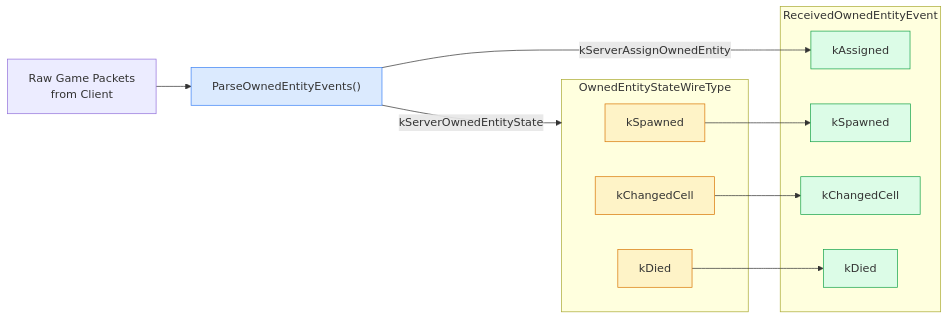
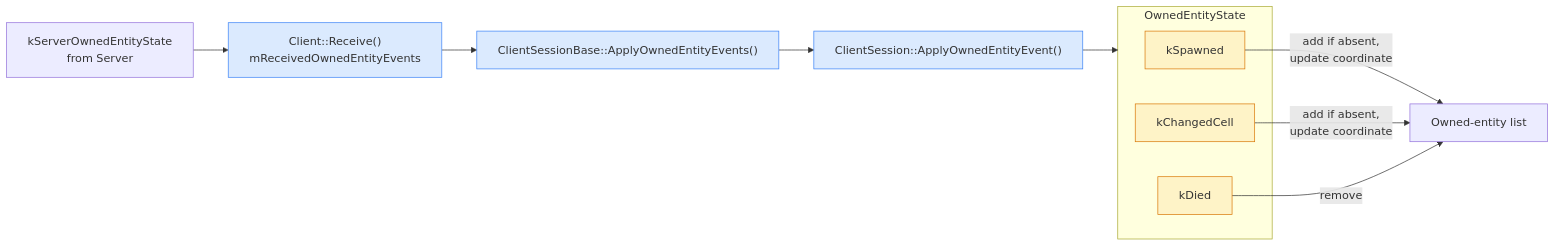
The fifth of 5 diagrams in Documents/Architecture/GameReconciliation.md (DougTanner/BrokenEngine), drawn with Mermaid before and after one commit. The commit also changed other lines of this file and 67 other files, not shown here.

````diff
--- a/Documents/Architecture/GameReconciliation.md
+++ b/Documents/Architecture/GameReconciliation.md
@@ -168,31 +168,24 @@
 ```mermaid
 %%{init: {'theme': 'default'}}%%
 flowchart LR
     classDef wire fill:#fef3c7,stroke:#d97706
-    classDef event fill:#dcfce7,stroke:#16a34a
     classDef func fill:#dbeafe,stroke:#3b82f6
 
-    RAW["Raw Game Packets<br/>from Client"]
-    PARSE["ParseOwnedEntityEvents()"]:::func
+    RAW["kServerOwnedEntityState<br/>from Server"]
+    DECODE["Client::Receive()<br/>mReceivedOwnedEntityEvents"]:::func
+    APPLY["ClientSessionBase::ApplyOwnedEntityEvents()"]:::func
+    HOOK["ClientSession::ApplyOwnedEntityEvent()"]:::func
 
-    RAW --> PARSE
+    RAW --> DECODE --> APPLY --> HOOK
 
-    subgraph wire_types ["OwnedEntityStateWireType"]
+    subgraph wire_states ["OwnedEntityState"]
         W0["kSpawned"]:::wire
         W1["kChangedCell"]:::wire
         W2["kDied"]:::wire
     end
 
-    subgraph event_types ["ReceivedOwnedEntityEvent"]
-        E0["kAssigned"]:::event
-        E1["kSpawned"]:::event
-        E2["kChangedCell"]:::event
-        E3["kDied"]:::event
-    end
-
-    PARSE -->|"kServerAssignOwnedEntity"| E0
-    PARSE -->|"kServerOwnedEntityState"| wire_types
-    W0 --> E1
-    W1 --> E2
-    W2 --> E3
+    HOOK --> wire_states
+    W0 -->|"add if absent,<br/>update coordinate"| OWNED["Owned-entity list"]
+    W1 -->|"add if absent,<br/>update coordinate"| OWNED
+    W2 -->|"remove"| OWNED
 ```
````
